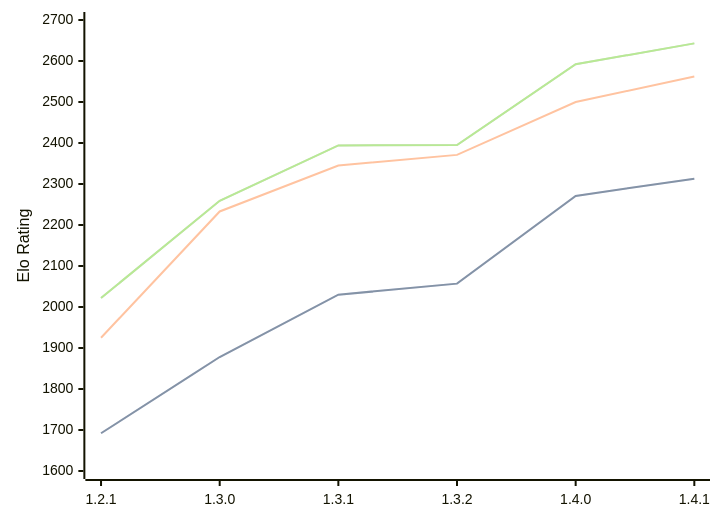
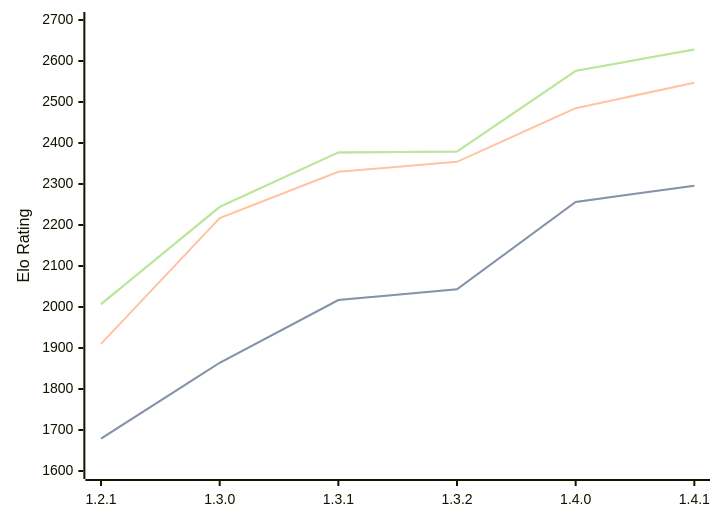
The diagram in engines/Chal.md (computer-chess-index/cci), drawn with Mermaid before and after one commit. The commit also changed other lines of this file, not shown here.

Commit message:
Update CCI Ratings (ELO VLTC) - 2026-05-20

````diff
--- a/engines/Chal.md
+++ b/engines/Chal.md
@@ -39,11 +39,11 @@
 ```mermaid
 %%{init: {"theme":"base","themeVariables":{"seriesColors:['#a3a3a3','#222221','#faa371']}}}%%
 xychart-beta
   x-axis ["1.2.1", "1.3.0", "1.3.1", "1.3.2", "1.4.0", "1.4.1"]
   y-axis "Elo Rating" 1600 --> 2700
-  line "STC (8.0+0.08s)" [1692, 1878, 2030, 2057, 2271, 2313]
-  line "STC (8.0+0.08s)" [1692, 1878, 2030, 2057, 2271, 2313]
-  line "LTC (60.0+0.60s)" [1925, 2233, 2345, 2371, 2500, 2562]
-  line "VLTC (2m24s+1.12s)" [2022, 2259, 2394, 2395, 2592, 2643]
-  line "VLTC (2m24s+1.12s)" [2022, 2259, 2394, 2395, 2592, 2643]
+  line "STC (8.0+0.08s)" [1679, 1864, 2017, 2043, 2256, 2296]
+  line "STC (8.0+0.08s)" [1679, 1864, 2017, 2043, 2256, 2296]
+  line "LTC (60.0+0.60s)" [1910, 2217, 2330, 2354, 2485, 2547]
+  line "VLTC (2m24s+1.12s)" [2007, 2244, 2377, 2379, 2576, 2628]
+  line "VLTC (2m24s+1.12s)" [2007, 2244, 2377, 2379, 2576, 2628]
 ```
````
